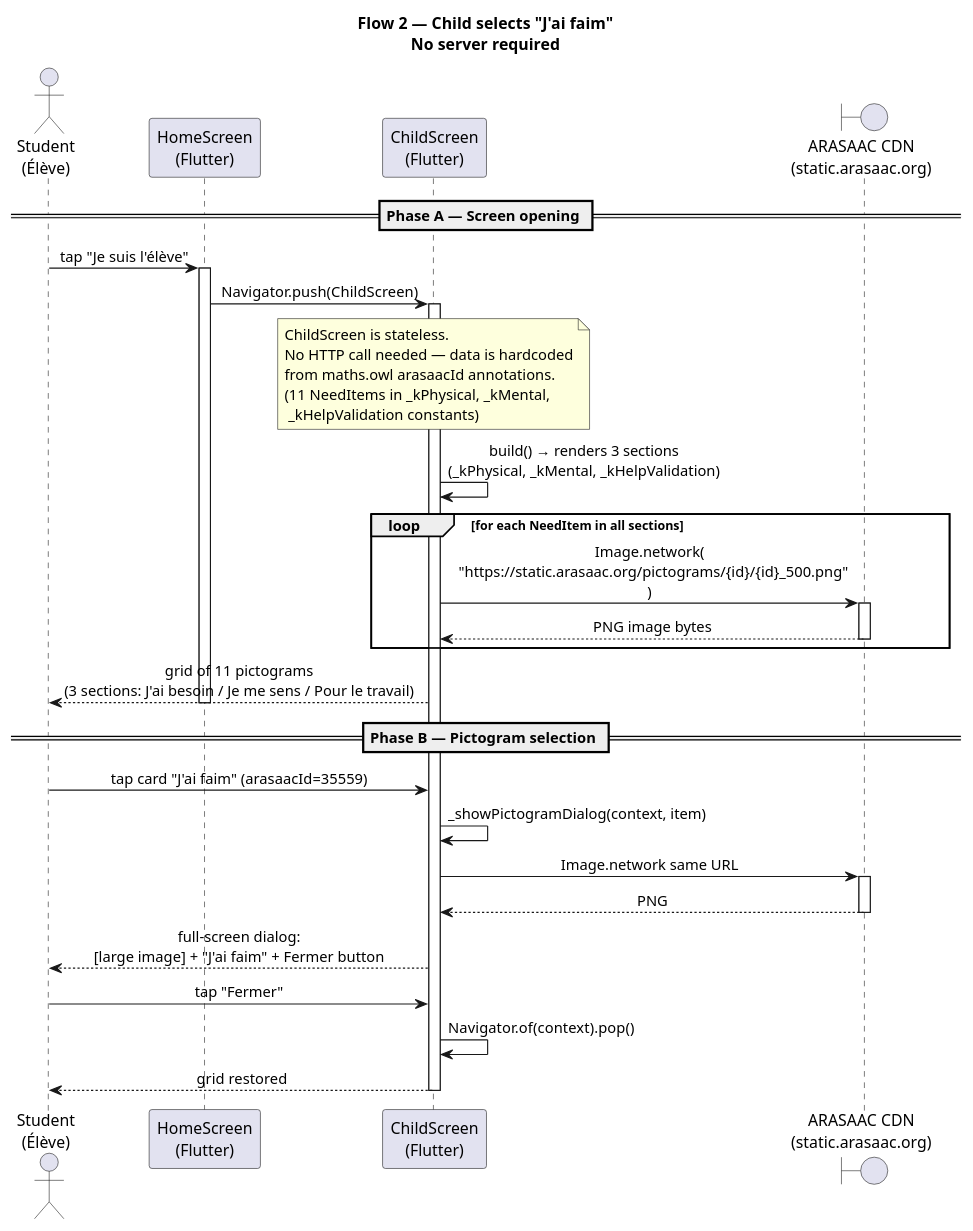
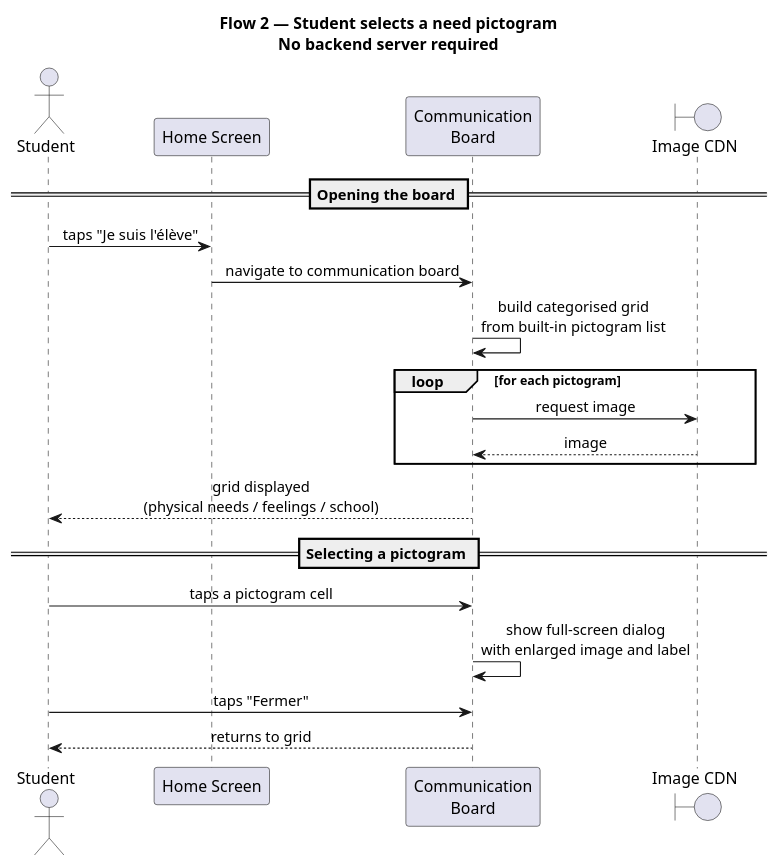
Before and after one commit to A-Stupu/PictExpress_app: the diagram in docs/uml/sequence_child_flow.puml, drawn with PlantUML. The commit also changed 2 other files, not shown here.

Commit message:
docs: remove tables from report, simplify sequence diagrams to workflow level
PROJECT_REPORT.md: all tables replaced with prose and lists.
sequence_teacher_flow.puml: abstract workflow (no file names, IDs, URLs,
  method signatures — only roles and message intent).
sequence_child_flow.puml: same treatment, shows CDN flow conceptually.

```diff
--- a/docs/uml/sequence_child_flow.puml
+++ b/docs/uml/sequence_child_flow.puml
@@ -1,56 +1,34 @@
 @startuml sequence_child_flow
-title Flow 2 — Child selects "J'ai faim"\nNo server required
+title Flow 2 — Student selects a need pictogram\nNo backend server required
 
 skinparam sequenceMessageAlign center
 skinparam responseMessageBelowArrow true
 
-actor       "Student\n(Élève)"        as S
-participant "HomeScreen\n(Flutter)"    as Home
-participant "ChildScreen\n(Flutter)"   as Child
-boundary    "ARASAAC CDN\n(static.arasaac.org)" as CDN
+actor       "Student"       as S
+participant "Home Screen"   as Home
+participant "Communication\nBoard" as Board
+boundary    "Image CDN"     as CDN
 
-== Phase A — Screen opening ==
+== Opening the board ==
 
-S -> Home : tap "Je suis l'élève"
-activate Home
-Home -> Child : Navigator.push(ChildScreen)
-activate Child
+S -> Home : taps "Je suis l'élève"
+Home -> Board : navigate to communication board
 
-note over Child
-  ChildScreen is stateless.
-  No HTTP call needed — data is hardcoded
-  from maths.owl arasaacId annotations.
-  (11 NeedItems in _kPhysical, _kMental,
-   _kHelpValidation constants)
-end note
+Board -> Board : build categorised grid\nfrom built-in pictogram list
 
-Child -> Child : build() → renders 3 sections\n(_kPhysical, _kMental, _kHelpValidation)
-
-loop for each NeedItem in all sections
-  Child -> CDN : Image.network(\n  "https://static.arasaac.org/pictograms/{id}/{id}_500.png"\n)
-  activate CDN
-  CDN --> Child : PNG image bytes
-  deactivate CDN
+loop for each pictogram
+  Board -> CDN : request image
+  CDN --> Board : image
 end
 
-Child --> S : grid of 11 pictograms\n(3 sections: J'ai besoin / Je me sens / Pour le travail)
-deactivate Home
+Board --> S : grid displayed\n(physical needs / feelings / school)
 
-== Phase B — Pictogram selection ==
+== Selecting a pictogram ==
 
-S -> Child : tap card "J'ai faim" (arasaacId=35559)
-Child -> Child : _showPictogramDialog(context, item)
+S -> Board : taps a pictogram cell
+Board -> Board : show full-screen dialog\nwith enlarged image and label
 
-Child -> CDN : Image.network same URL
-activate CDN
-CDN --> Child : PNG
-deactivate CDN
-
-Child --> S : full-screen dialog:\n[large image] + "J'ai faim" + Fermer button
-
-S -> Child : tap "Fermer"
-Child -> Child : Navigator.of(context).pop()
-Child --> S : grid restored
-deactivate Child
+S -> Board : taps "Fermer"
+Board --> S : returns to grid
 
 @enduml
```
